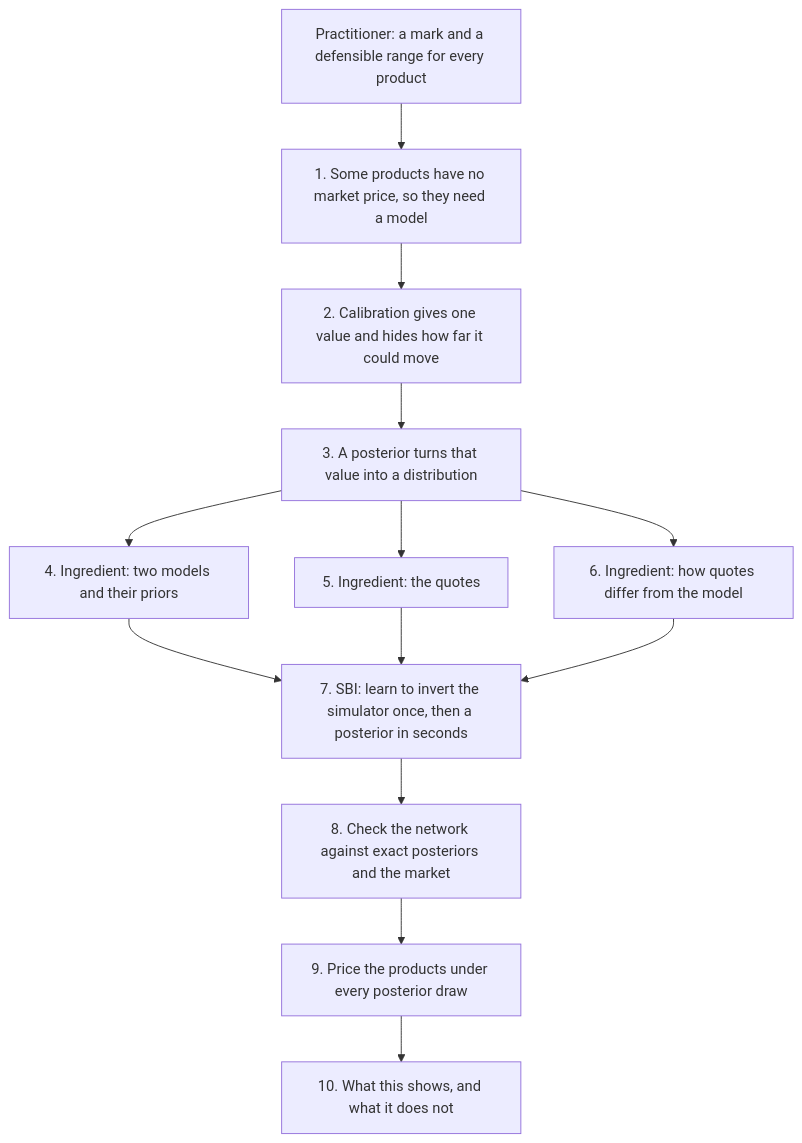
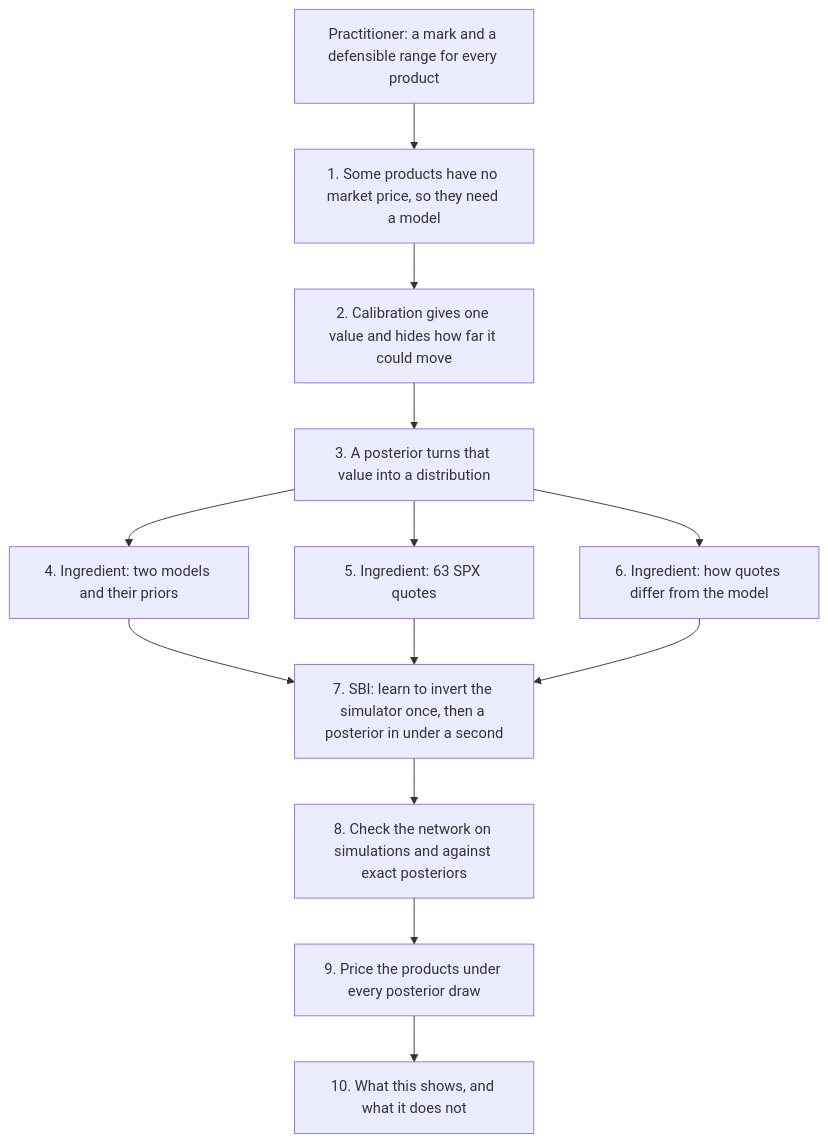
The diagram in lab/plans/option-application/1-overview.md (fmuia/sbi4finance), drawn with Mermaid before and after one commit. The commit also changed other lines of this file and 19 other files, not shown here.

````diff
--- a/lab/plans/option-application/1-overview.md
+++ b/lab/plans/option-application/1-overview.md
@@ -45,15 +41,15 @@
 ```mermaid
 flowchart TD
   P["Practitioner: a mark and a defensible range for every product"] --> S1["1. Some products have no market price, so they need a model"]
   S1 --> S2["2. Calibration gives one value and hides how far it could move"]
   S2 --> S3["3. A posterior turns that value into a distribution"]
   S3 --> S4["4. Ingredient: two models and their priors"]
-  S3 --> S5["5. Ingredient: the quotes"]
+  S3 --> S5["5. Ingredient: 63 SPX quotes"]
   S3 --> S6["6. Ingredient: how quotes differ from the model"]
-  S4 --> S7["7. SBI: learn to invert the simulator once, then a posterior in seconds"]
+  S4 --> S7["7. SBI: learn to invert the simulator once, then a posterior in under a second"]
   S5 --> S7
   S6 --> S7
-  S7 --> S8["8. Check the network against exact posteriors and the market"]
+  S7 --> S8["8. Check the network on simulations and against exact posteriors"]
   S8 --> S9["9. Price the products under every posterior draw"]
   S9 --> S10["10. What this shows, and what it does not"]
 ```
````
